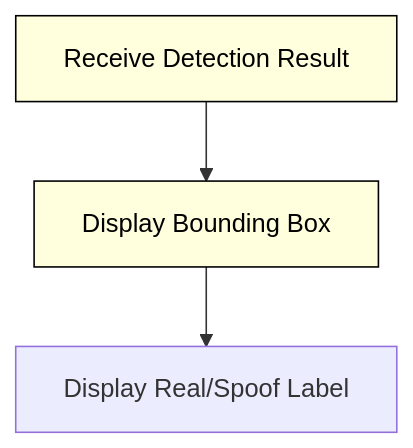
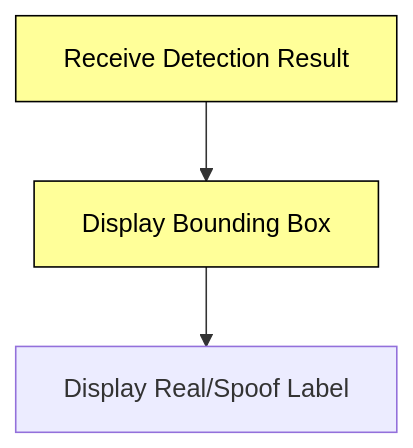
The fifth of 6 diagrams in README.md (Tharun-selladurai/face_liveliness_web_platform), drawn with Mermaid before and after one commit. The commit also changed other lines of this file, not shown here.

````diff
--- a/README.md
+++ b/README.md
@@ -141,9 +136,9 @@
 ```mermaid
 %%{init: {'theme': 'default', 'themeVariables': {'edgeLabelBackground':'#ffffff', 'tertiaryColor':'#ffffff'}}}%%
 graph TD;
     A[Receive Detection Result] --> B[Display Bounding Box]
     B --> C[Display Real/Spoof Label]
     
-    classDef display fill:#ffffdd,stroke:#000000,color:#000000;
+    classDef display fill:#ffff99,stroke:#000000,color:#000000;
     class A,B display;
 ```
````
